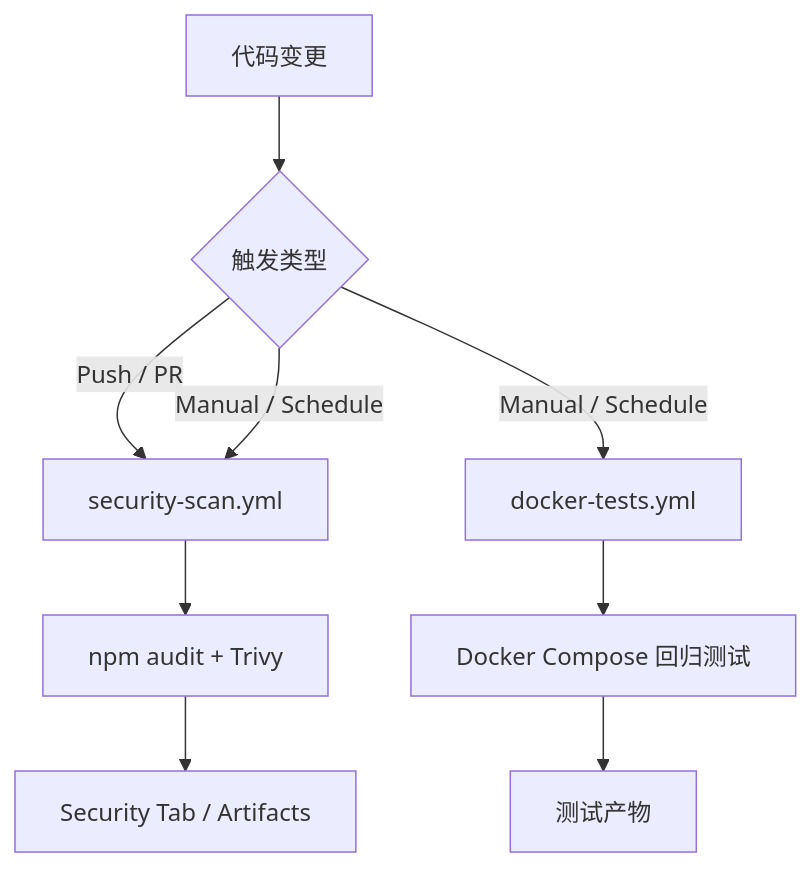
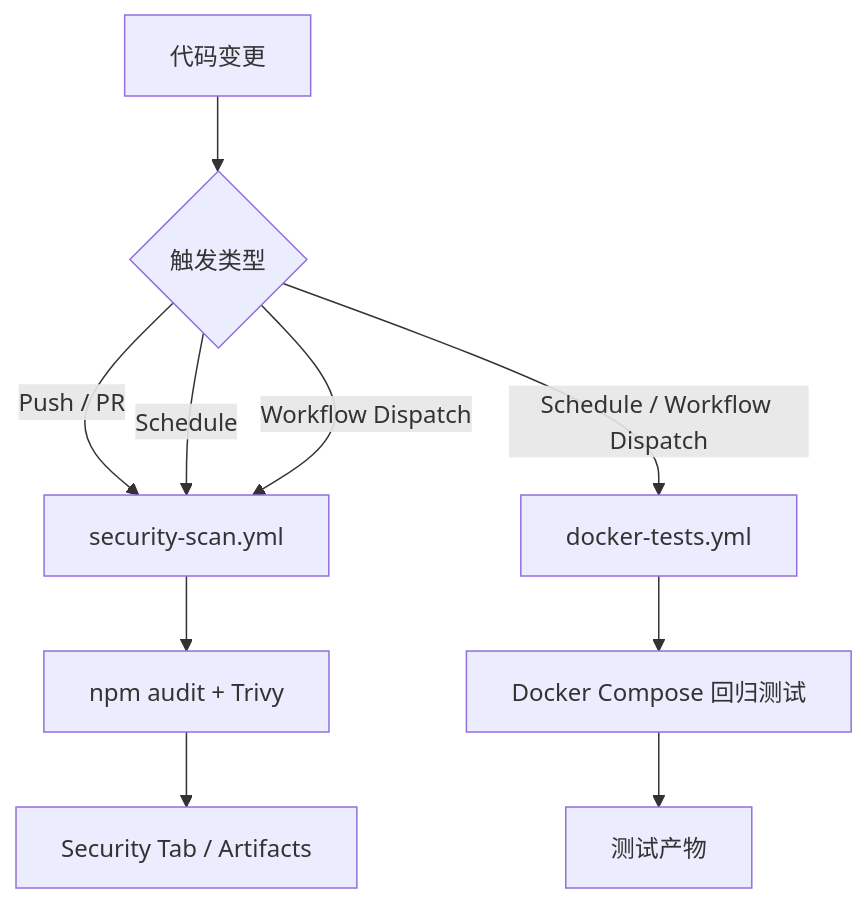
Before and after one commit to zhoujuxi2028/michael-zhou-qa-portfolio: the diagram in cicd-demo/docs/guides/CI-CD-GUIDE.md, drawn with Mermaid. The commit also changed 4 other files, not shown here.

````diff
--- a/cicd-demo/docs/guides/CI-CD-GUIDE.md
+++ b/cicd-demo/docs/guides/CI-CD-GUIDE.md
@@ -24,11 +24,12 @@
 ```mermaid
 graph TD
     A[代码变更] --> B{触发类型}
     B -->|Push / PR| C[security-scan.yml]
-    B -->|Manual / Schedule| D[docker-tests.yml]
-    B -->|Manual / Schedule| C
+    B -->|Schedule| C
+    B -->|Workflow Dispatch| C
+    B -->|Schedule / Workflow Dispatch| D[docker-tests.yml]
     C --> E[npm audit + Trivy]
     D --> F[Docker Compose 回归测试]
     E --> G[Security Tab / Artifacts]
     F --> H[测试产物]
 ```
````
